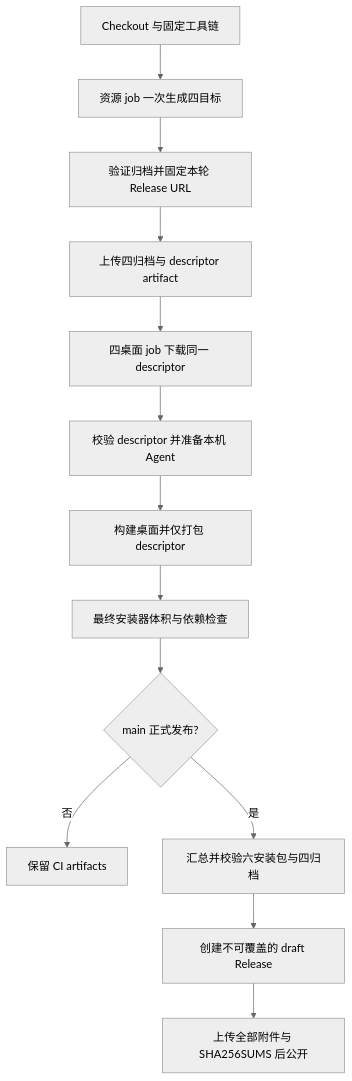
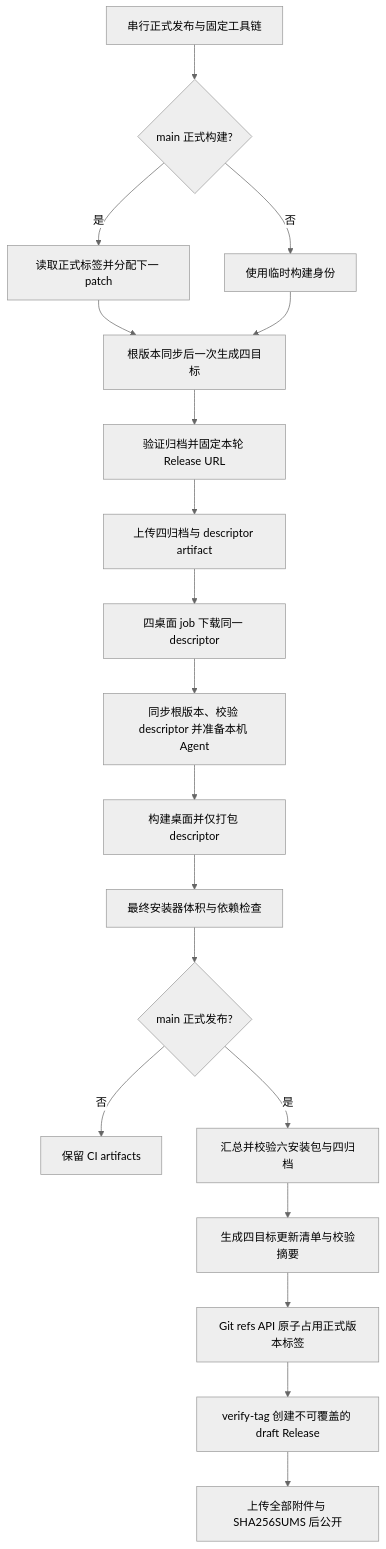
The diagram in docs/desktop/github-release-packaging-spec.md (OpenX123/ZCode), drawn with Mermaid (neutral theme) before and after one commit. The commit also changed other lines of this file and 50 other files, not shown here.

````diff
--- a/docs/desktop/github-release-packaging-spec.md
+++ b/docs/desktop/github-release-packaging-spec.md
@@ -24,15 +30,21 @@
 ```mermaid
 flowchart TD
-    A[Checkout 与固定工具链] --> B[资源 job 一次生成四目标]
+    A[串行正式发布与固定工具链] --> A1{main 正式构建?}
+    A1 -- 是 --> A2[读取正式标签并分配下一 patch]
+    A1 -- 否 --> A3[使用临时构建身份]
+    A2 --> B[根版本同步后一次生成四目标]
+    A3 --> B
     B --> C[验证归档并固定本轮 Release URL]
     C --> D[上传四归档与 descriptor artifact]
     D --> E[四桌面 job 下载同一 descriptor]
-    E --> F[校验 descriptor 并准备本机 Agent]
+    E --> F[同步根版本、校验 descriptor 并准备本机 Agent]
     F --> G[构建桌面并仅打包 descriptor]
     G --> H[最终安装器体积与依赖检查]
     H --> I{main 正式发布?}
     I -- 否 --> J[保留 CI artifacts]
     I -- 是 --> K[汇总并校验六安装包与四归档]
-    K --> L[创建不可覆盖的 draft Release]
+    K --> K1[生成四目标更新清单与校验摘要]
+    K1 --> K2[Git refs API 原子占用正式版本标签]
+    K2 --> L[verify-tag 创建不可覆盖的 draft Release]
     L --> M[上传全部附件与 SHA256SUMS 后公开]
 ```
````
